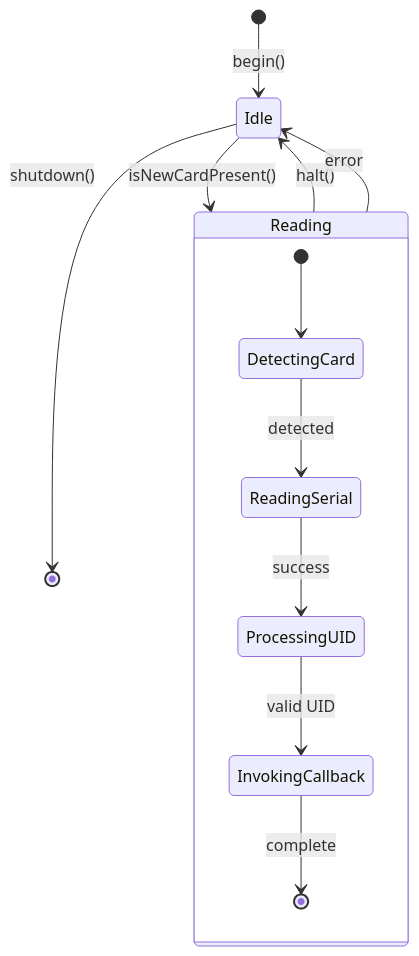
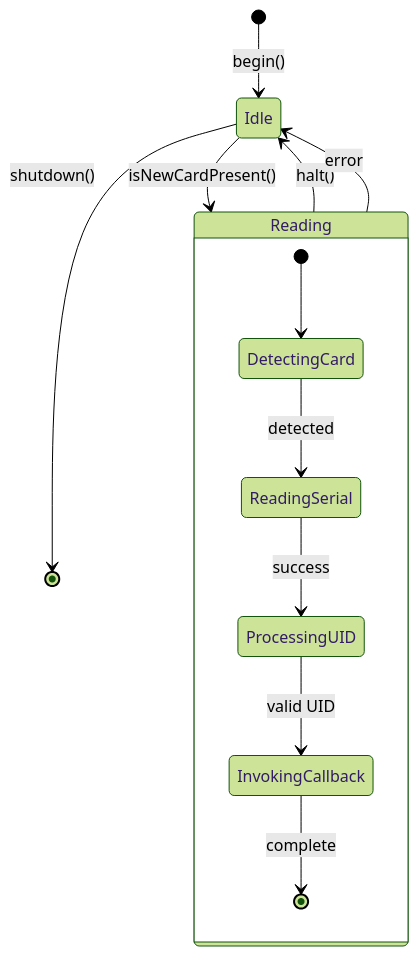
Before and after one commit to GthiN89/NucleusESP32: the second of 5 diagrams in src/modules/nfc/README.md, drawn with Mermaid. The commit also changed other lines of this file, not shown here.

````diff
--- a/src/modules/nfc/README.md
+++ b/src/modules/nfc/README.md
@@ -207,16 +207,17 @@
 ```mermaid
+%%{init: {'theme': 'forest'}}%%
 stateDiagram-v2
     [*] --> Idle: begin()
     Idle --> Reading: isNewCardPresent()
     Reading --> Idle: halt()
     Reading --> Idle: error
     Idle --> [*]: shutdown()
     
     state Reading {
         [*] --> DetectingCard
         DetectingCard --> ReadingSerial: detected
         ReadingSerial --> ProcessingUID: success
         ProcessingUID --> InvokingCallback: valid UID
         InvokingCallback --> [*]: complete
     }
 ```
````
